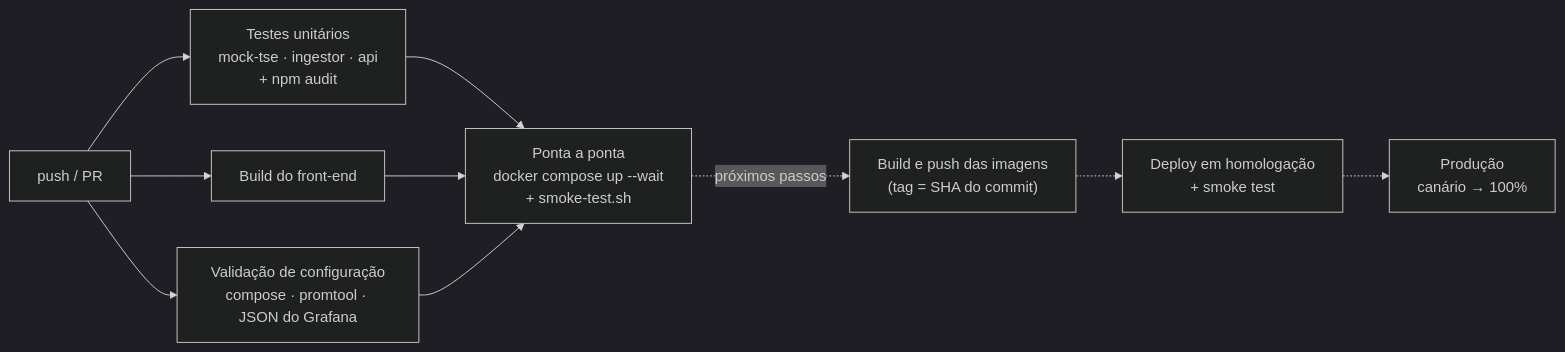
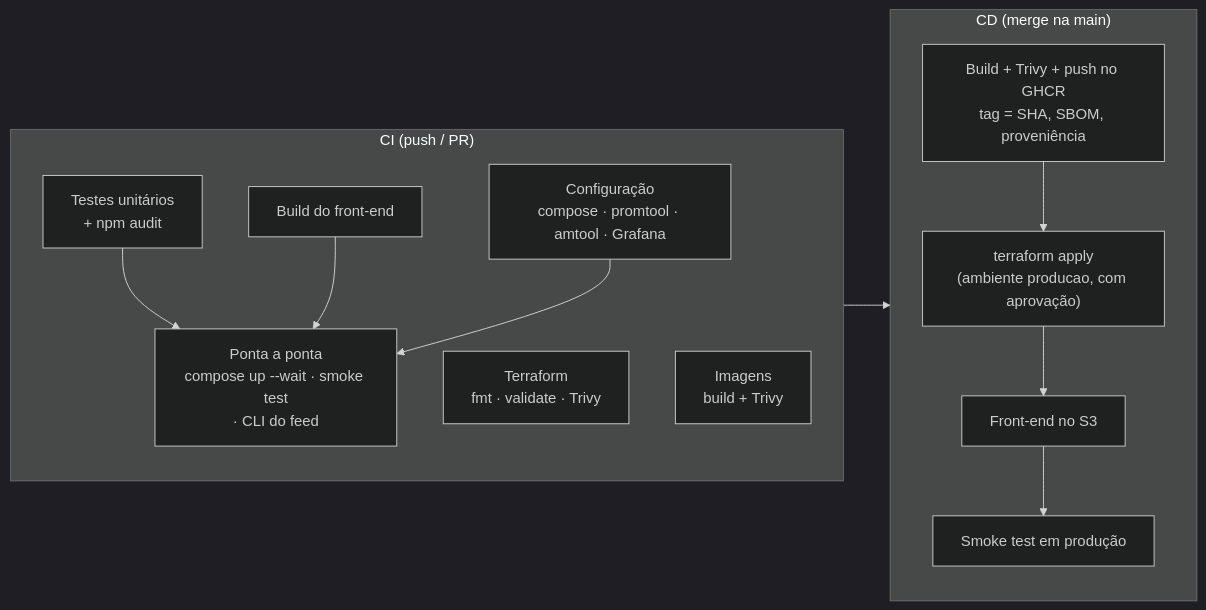
One commit to guijacobus-99/DevOpsUninter changed the fifth of 5 diagrams in apuracao-presidencial/docs/ARQUITETURA.md. Above: the diagram before and after it, drawn with Mermaid (dark theme). The commit also changed other lines of this file and 50 other files, not shown here.

First line of the commit message:
Validação do feed, failover, alertas, carga, Trivy, Terraform e CD

````diff
--- a/apuracao-presidencial/docs/ARQUITETURA.md
+++ b/apuracao-presidencial/docs/ARQUITETURA.md
@@ -566,10 +643,18 @@
 ```mermaid
 flowchart LR
-  P["push / PR"] --> T["Testes unitários<br/>mock-tse · ingestor · api<br/>+ npm audit"]
-  P --> W["Build do front-end"]
-  P --> C["Validação de configuração<br/>compose · promtool · JSON do Grafana"]
-  T & W & C --> E["Ponta a ponta<br/>docker compose up --wait<br/>+ smoke-test.sh"]
-  E -. "próximos passos" .-> R["Build e push das imagens<br/>(tag = SHA do commit)"]
-  R -.-> H["Deploy em homologação<br/>+ smoke test"]
-  H -.-> PR["Produção<br/>canário → 100%"]
+  subgraph CI["CI (push / PR)"]
+    T["Testes unitários<br/>+ npm audit"]
+    W["Build do front-end"]
+    C["Configuração<br/>compose · promtool · amtool · Grafana"]
+    TF["Terraform<br/>fmt · validate · Trivy"]
+    IM["Imagens<br/>build + Trivy"]
+    T & W & C --> E["Ponta a ponta<br/>compose up --wait · smoke test<br/>· CLI do feed"]
+  end
+  subgraph CD["CD (merge na main)"]
+    PUB["Build + Trivy + push no GHCR<br/>tag = SHA, SBOM, proveniência"]
+    PUB --> AP["terraform apply<br/>(ambiente producao, com aprovação)"]
+    AP --> S3["Front-end no S3"]
+    S3 --> SM["Smoke test em produção"]
+  end
+  CI --> CD
 ```
````
